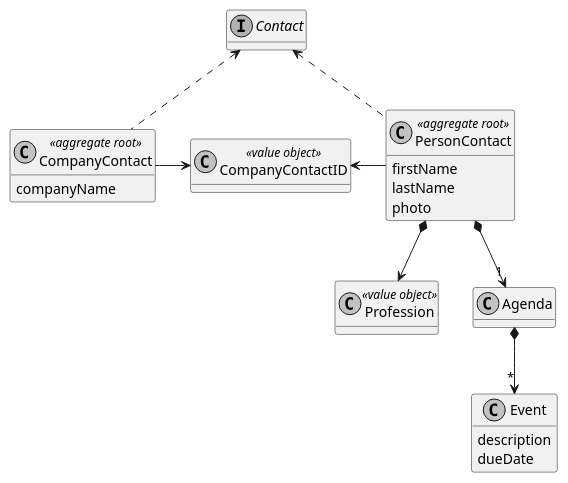
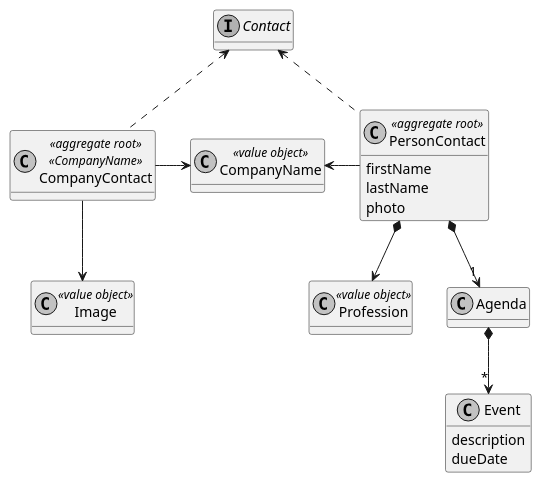
Before and after one commit to MikeTekOn/lapr4-2017-2dd: the diagram in src/main/java/lapr4/green/s2/core/n1150738/contacts/company/us10.1.2_concept_classes.puml, drawn with PlantUML. The commit also changed 11 other files, not shown here.

Commit message:
LAPR4E17DD-273 #comment domain implementation (CompanyContact and value objects associated #time 5h

```diff
--- a/src/main/java/lapr4/green/s2/core/n1150738/contacts/company/us10.1.2_concept_classes.puml
+++ b/src/main/java/lapr4/green/s2/core/n1150738/contacts/company/us10.1.2_concept_classes.puml
@@ -1,37 +1,37 @@
 @startuml us10.1.2_concept_classes.png
 
 skinparam monochrome true
 skinparam packageStyle rect
 skinparam shadowing false
 
 hide methods
-class CompanyContactID <<value object>>
+class CompanyName <<value object>>
 class Profession <<value object>>
-class CompanyContact <<aggregate root>>{
-    companyName
-}
+class CompanyContact <<aggregate root>> <<CompanyName>>
+class Image  <<value object>>
 interface Contact
 class PersonContact <<aggregate root>> {
     firstName
     lastName
     photo
 }
 
 class Agenda {
 }
 
 class Event {
     description
     dueDate
 }
 
 Contact <.. CompanyContact
 Contact <.. PersonContact
-CompanyContact -> CompanyContactID
-CompanyContactID <-  PersonContact
+CompanyContact -> CompanyName
+CompanyContact --> Image
+CompanyName <-  PersonContact
 PersonContact *--> Profession
 PersonContact *--> "1" Agenda
 Agenda *--> "*" Event
 
 
 @enduml
```
